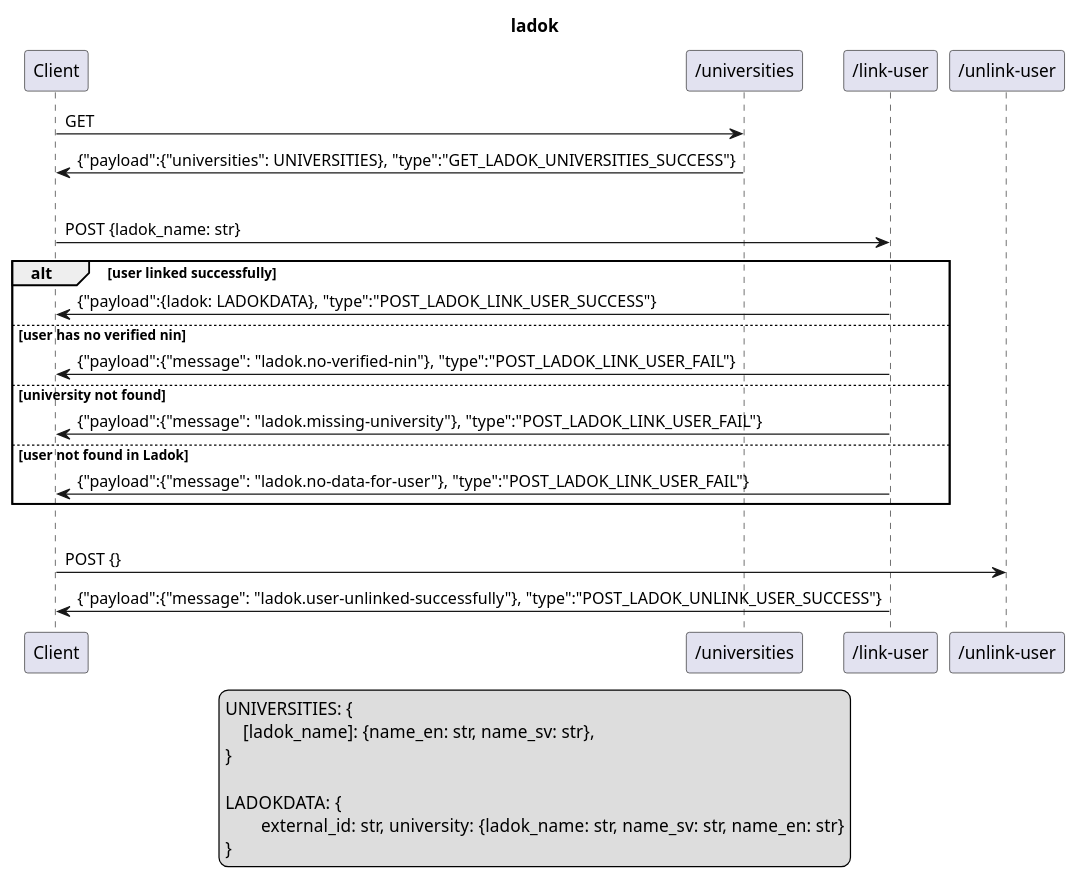
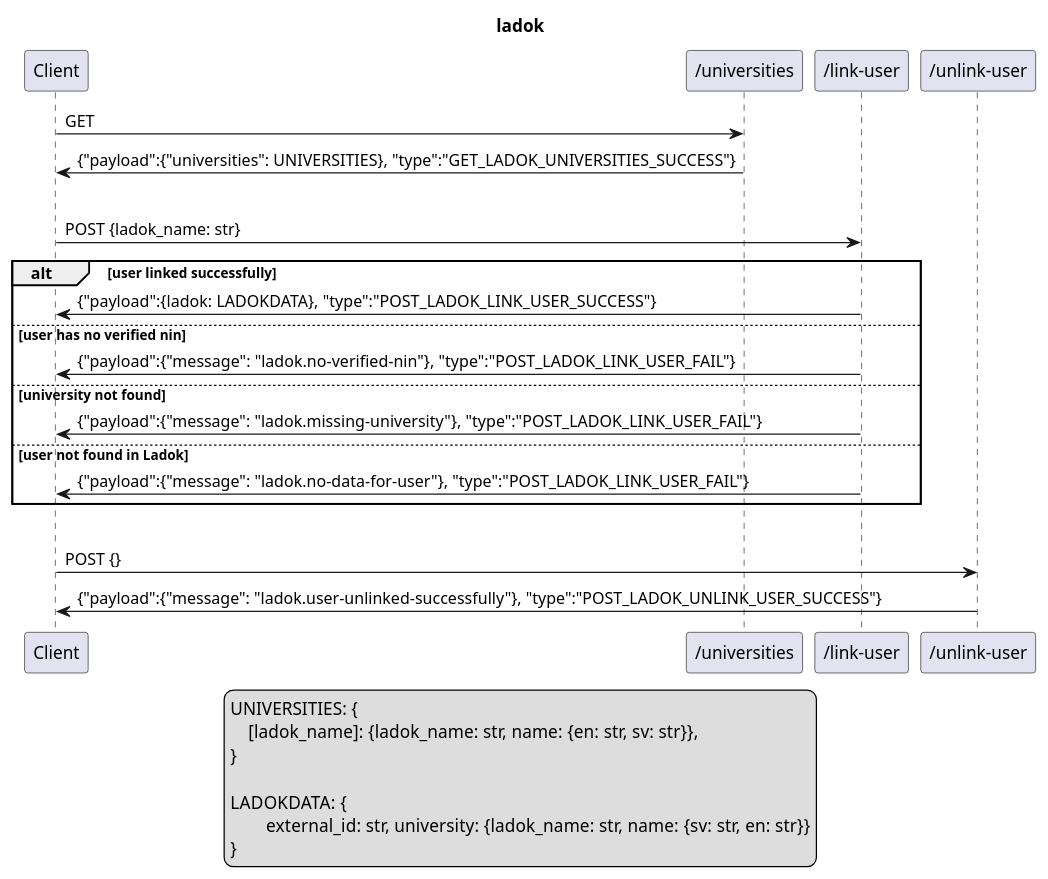
Before and after one commit to SUNET/eduid-backend: the diagram in doc/ladok.puml, drawn with PlantUML. The commit also changed 13 other files, not shown here.

```diff
--- a/doc/ladok.puml
+++ b/doc/ladok.puml
@@ -1,30 +1,30 @@
 @startuml
 title ladok
 
 legend
     UNIVERSITIES: {
-        [ladok_name]: {name_en: str, name_sv: str},
+        [ladok_name]: {ladok_name: str, name: {en: str, sv: str}},
     }
 
     LADOKDATA: {
-            external_id: str, university: {ladok_name: str, name_sv: str, name_en: str}
+            external_id: str, university: {ladok_name: str, name: {sv: str, en: str}}
     }
 end legend
 
 Client->"/universities": GET
 "/universities"->Client: {"payload":{"universities": UNIVERSITIES}, "type":"GET_LADOK_UNIVERSITIES_SUCCESS"}
 |||
 Client->"/link-user": POST {ladok_name: str}
 alt user linked successfully
 "/link-user"->Client: {"payload":{ladok: LADOKDATA}, "type":"POST_LADOK_LINK_USER_SUCCESS"}
 else user has no verified nin
 "/link-user"->Client: {"payload":{"message": "ladok.no-verified-nin"}, "type":"POST_LADOK_LINK_USER_FAIL"}
 else university not found
 "/link-user"->Client: {"payload":{"message": "ladok.missing-university"}, "type":"POST_LADOK_LINK_USER_FAIL"}
 else user not found in Ladok
 "/link-user"->Client: {"payload":{"message": "ladok.no-data-for-user"}, "type":"POST_LADOK_LINK_USER_FAIL"}
 end
 |||
 Client->"/unlink-user": POST {}
-"/link-user"->Client: {"payload":{"message": "ladok.user-unlinked-successfully"}, "type":"POST_LADOK_UNLINK_USER_SUCCESS"}
+"/unlink-user"->Client: {"payload":{"message": "ladok.user-unlinked-successfully"}, "type":"POST_LADOK_UNLINK_USER_SUCCESS"}
 @enduml
```
